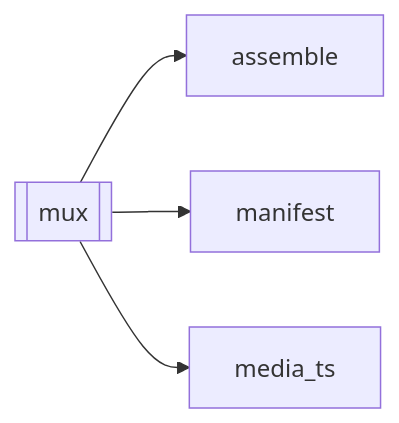
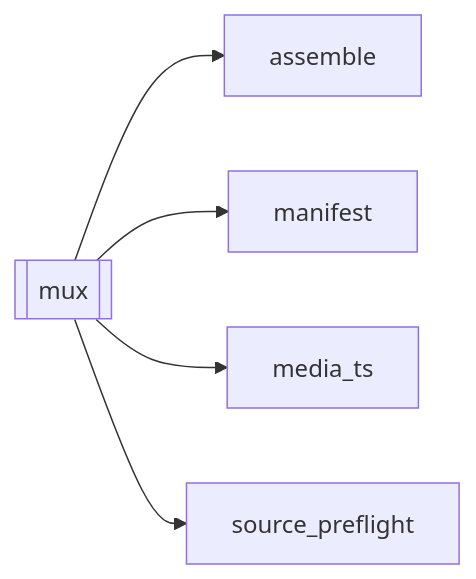
Before and after one commit to kjza178/PineLineV4: the diagram in docs/brain/modules/mux.md, drawn with Mermaid. The commit also changed other lines of this file and 200 other files, not shown here.

````diff
--- a/docs/brain/modules/mux.md
+++ b/docs/brain/modules/mux.md
@@ -16,7 +16,8 @@
 ```mermaid
 flowchart LR
   mux[[mux]]
   mux --> assemble[assemble]
   mux --> manifest[manifest]
   mux --> media_ts[media_ts]
+  mux --> source_preflight[source_preflight]
 ```
````
